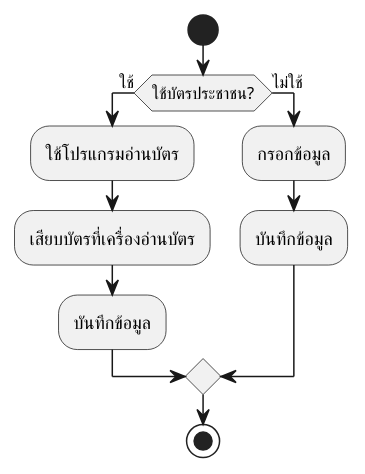
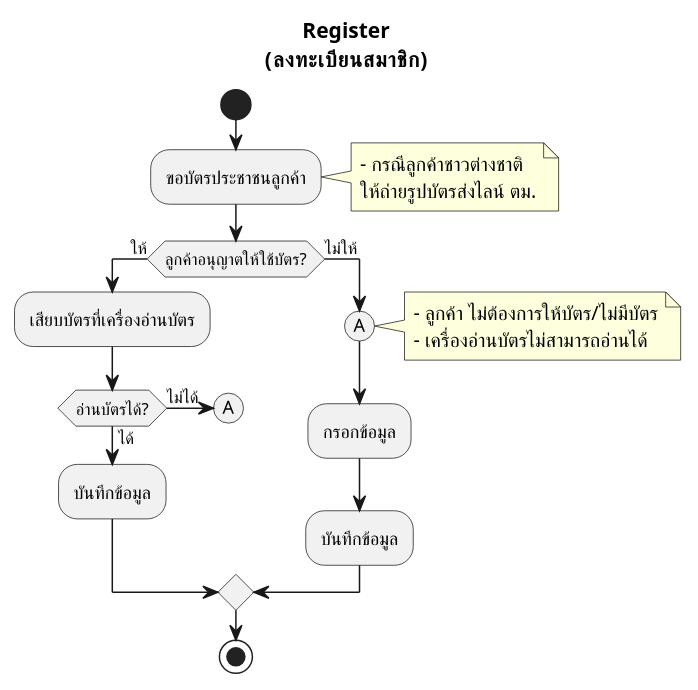
One commit to cheat13/Prompiman_Diagram changed the diagram in activity-diagram/Register/Register.md. Above: the diagram before and after it, drawn with PlantUML. The commit also changed 3 other files, not shown here.

```diff
--- a/activity-diagram/Register/Register.md
+++ b/activity-diagram/Register/Register.md
@@ -1,14 +1,30 @@
 @startuml
+title Register\n(ลงทะเบียนสมาชิก)
 start
+:ขอบัตรประชาชนลูกค้า;
+note right
+    - กรณีลูกค้าชาวต่างชาติ
+    ให้ถ่ายรูปบัตรส่งไลน์ ตม.
+endnote
 
-if (ใช้บัตรประชาชน?) then (ใช้)
-    :ใช้โปรแกรมอ่านบัตร;
+if (ลูกค้าอนุญาตให้ใช้บัตร?) then (ให้)
     :เสียบบัตรที่เครื่องอ่านบัตร;
-    :บันทึกข้อมูล;
-else (ไม่ใช้)
+
+    if (อ่านบัตรได้?) then (ไม่ได้)
+        (A)
+    else (ได้)
+        :บันทึกข้อมูล;
+    endif
+
+else (ไม่ให้)
+    (A)
+    note right
+        - ลูกค้า ไม่ต้องการให้บัตร/ไม่มีบัตร
+        - เครื่องอ่านบัตรไม่สามารถอ่านได้
+    endnote
     :กรอกข้อมูล;
     :บันทึกข้อมูล;
 endif
 
 stop
 @enduml
```
